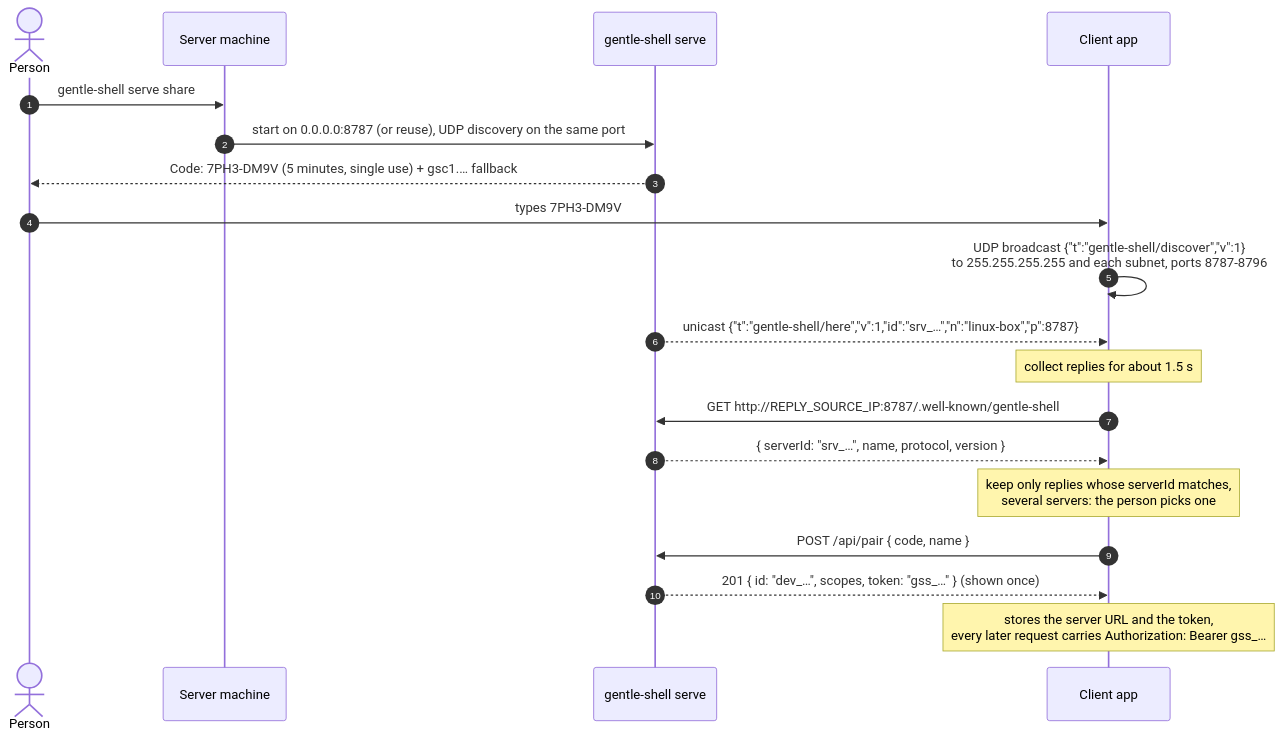
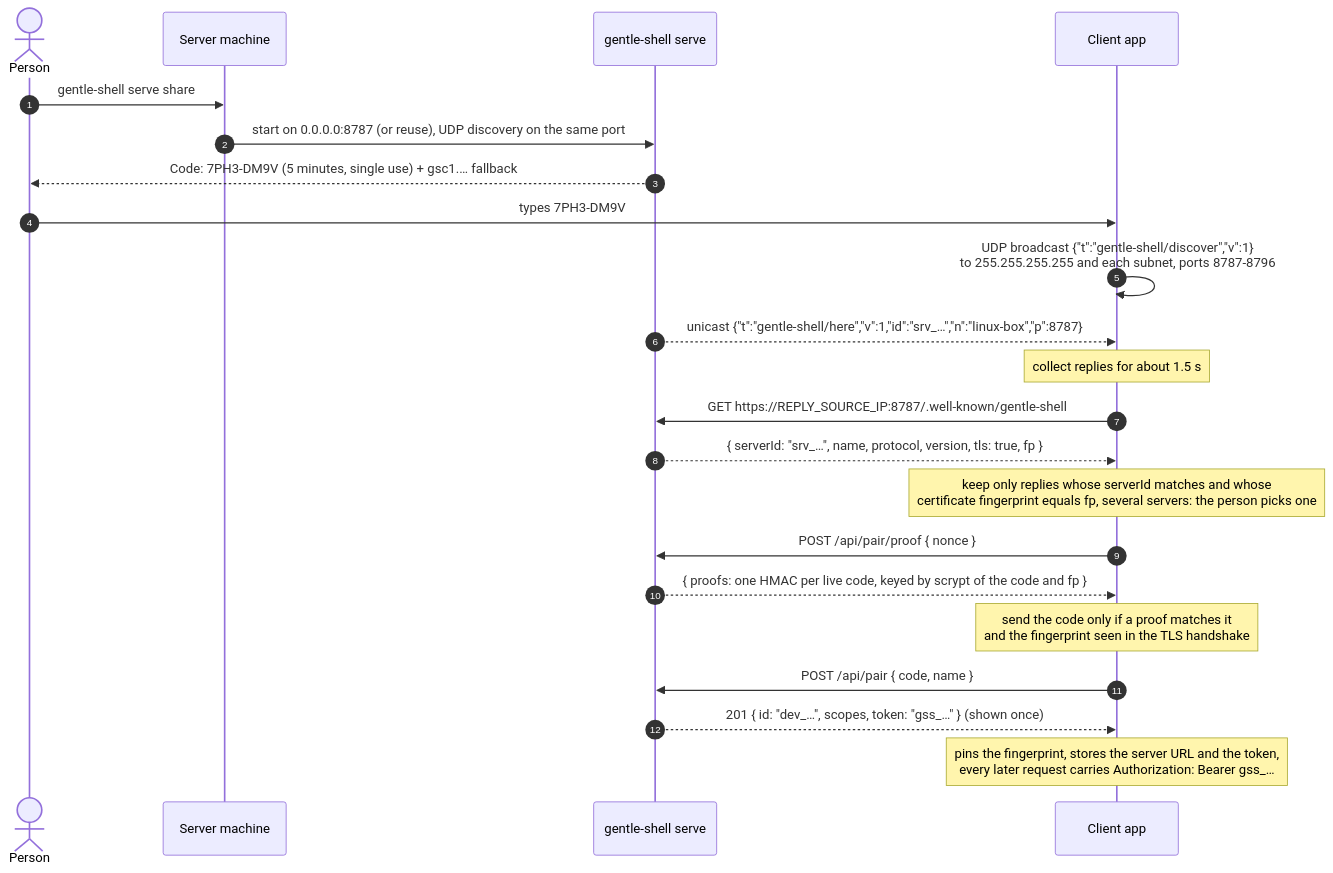
One commit to Gentleman-Programming/gentle-shell changed the second of 8 diagrams in docs/remote.md. Above: the diagram before and after it, drawn with Mermaid. The commit also changed other lines of this file, not shown here.

First line of the commit message:
docs(remote): the network server speaks TLS, and a relay reaches it from outside

````diff
--- a/docs/remote.md
+++ b/docs/remote.md
@@ -73,21 +73,24 @@
 ```mermaid
 sequenceDiagram
     autonumber
     actor U as Person
     participant Srv as Server machine
     participant S as gentle-shell serve
     participant App as Client app
     U->>Srv: gentle-shell serve share
     Srv->>S: start on 0.0.0.0:8787 (or reuse), UDP discovery on the same port
     S-->>U: Code: 7PH3-DM9V (5 minutes, single use) + gsc1.… fallback
     U->>App: types 7PH3-DM9V
     App->>App: UDP broadcast {"t":"gentle-shell/discover","v":1}<br/>to 255.255.255.255 and each subnet, ports 8787-8796
     S-->>App: unicast {"t":"gentle-shell/here","v":1,"id":"srv_…","n":"linux-box","p":8787}
     Note over App: collect replies for about 1.5 s
-    App->>S: GET http://REPLY_SOURCE_IP:8787/.well-known/gentle-shell
-    S-->>App: { serverId: "srv_…", name, protocol, version }
-    Note over App: keep only replies whose serverId matches,<br/>several servers: the person picks one
+    App->>S: GET https://REPLY_SOURCE_IP:8787/.well-known/gentle-shell
+    S-->>App: { serverId: "srv_…", name, protocol, version, tls: true, fp }
+    Note over App: keep only replies whose serverId matches and whose<br/>certificate fingerprint equals fp, several servers: the person picks one
+    App->>S: POST /api/pair/proof { nonce }
+    S-->>App: { proofs: one HMAC per live code, keyed by scrypt of the code and fp }
+    Note over App: send the code only if a proof matches it<br/>and the fingerprint seen in the TLS handshake
     App->>S: POST /api/pair { code, name }
     S-->>App: 201 { id: "dev_…", scopes, token: "gss_…" } (shown once)
-    Note over App: stores the server URL and the token,<br/>every later request carries Authorization: Bearer gss_…
+    Note over App: pins the fingerprint, stores the server URL and the token,<br/>every later request carries Authorization: Bearer gss_…
 ```
````
